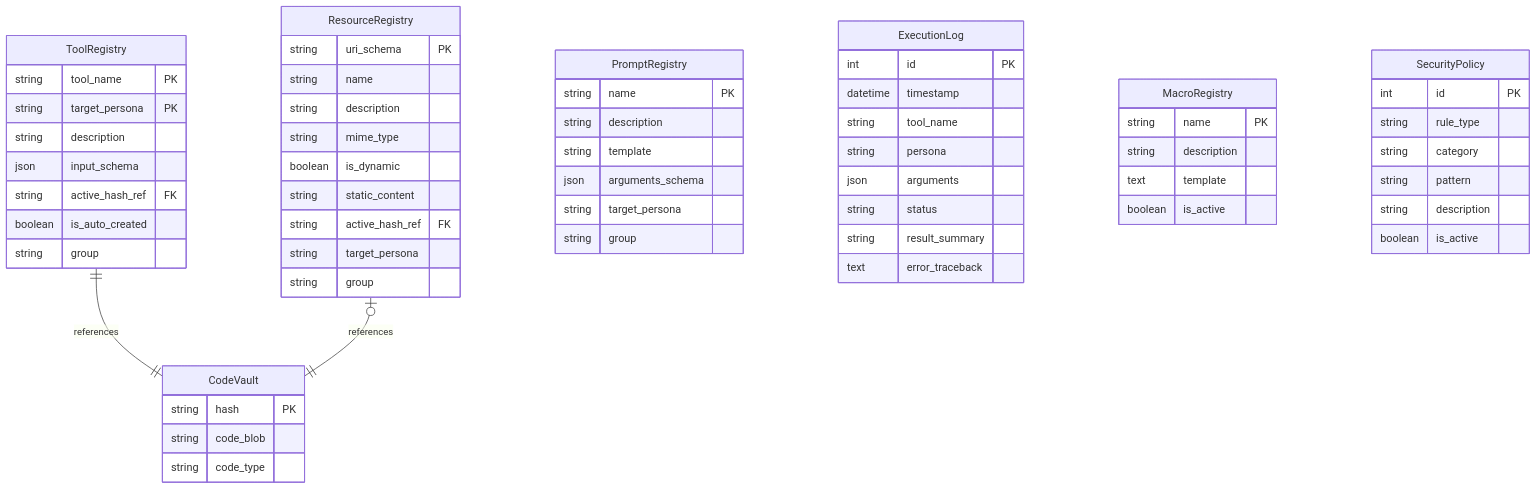
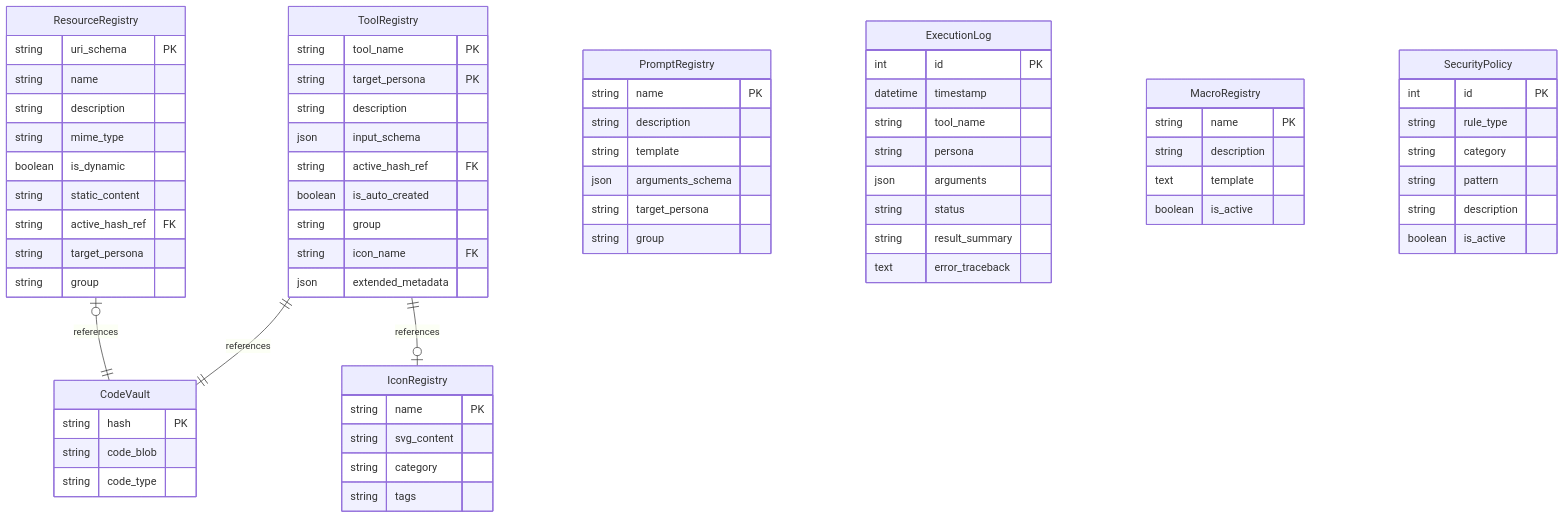
One commit to clydewatts1/prototype_chameleon changed the diagram in server/DATA_MODEL.md. Above: the diagram before and after it, drawn with Mermaid. The commit also changed other lines of this file and 3 other files, not shown here.

Commit message:
docs: Add initial project documentation including roadmap, data model, and quality control.

````diff
--- a/server/DATA_MODEL.md
+++ b/server/DATA_MODEL.md
@@ -7,69 +7,80 @@
 ```mermaid
 erDiagram
     ToolRegistry ||--|| CodeVault : references
     ResourceRegistry |o--|| CodeVault : references
+    ToolRegistry ||--o| IconRegistry : references
+
+    IconRegistry {
+        string name PK
+        string svg_content
+        string category
+        string tags
+    }
+
     
     ToolRegistry {
         string tool_name PK
         string target_persona PK
         string description
         json input_schema
         string active_hash_ref FK
         boolean is_auto_created
         string group
+        string icon_name FK
+        json extended_metadata
     }
 
     ResourceRegistry {
         string uri_schema PK
         string name
         string description
         string mime_type
         boolean is_dynamic
         string static_content
         string active_hash_ref FK
         string target_persona
         string group
     }
 
     PromptRegistry {
         string name PK
         string description
         string template
         json arguments_schema
         string target_persona
         string group
     }
 
     CodeVault {
         string hash PK
         string code_blob
         string code_type
     }
 
     ExecutionLog {
         int id PK
         datetime timestamp
         string tool_name
         string persona
         json arguments
         string status
         string result_summary
         text error_traceback
     }
 
     MacroRegistry {
         string name PK
         string description
         text template
         boolean is_active
     }
 
     SecurityPolicy {
         int id PK
         string rule_type
         string category
         string pattern
         string description
         boolean is_active
     }
 ```
````
